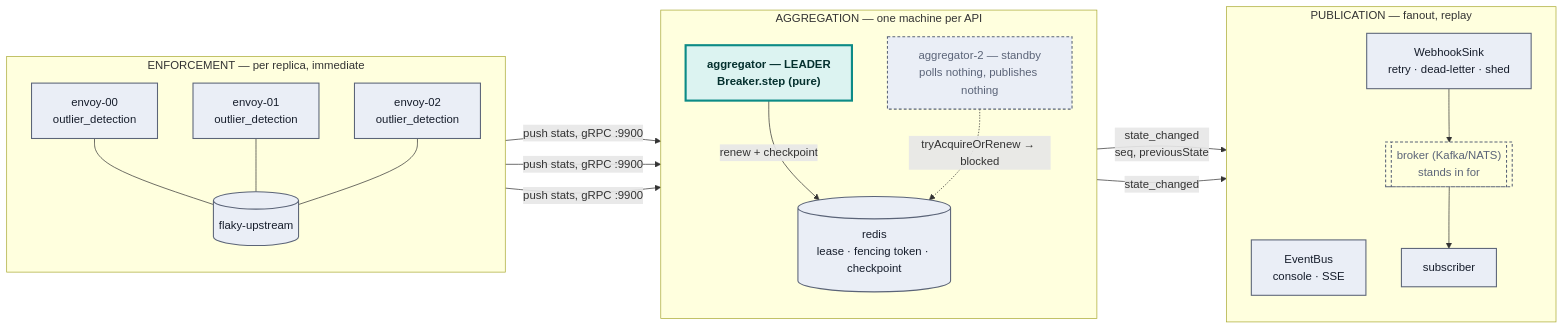
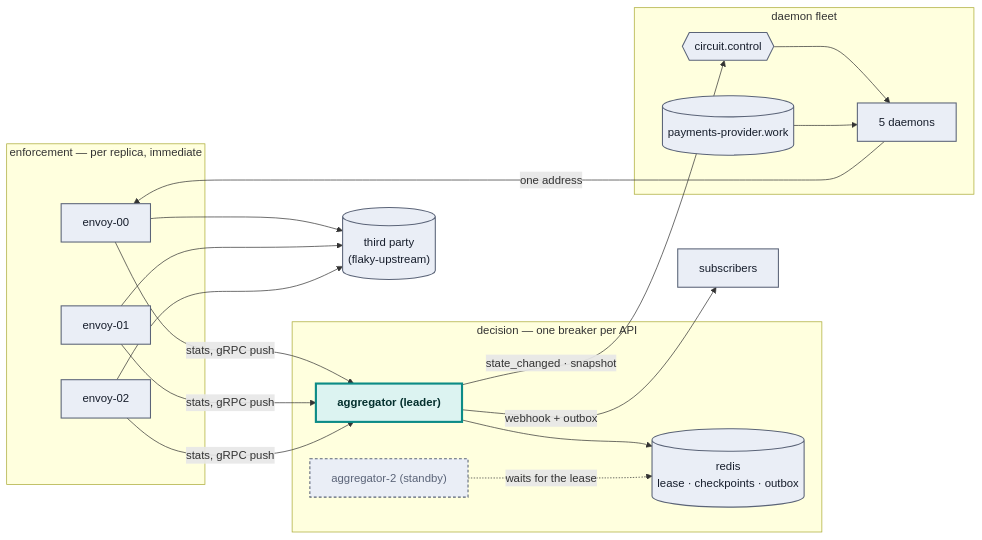
One commit to lsfera/circuit-breaker-unboxing changed the diagram in README.md. Above: the diagram before and after it, drawn with Mermaid. The commit also changed other lines of this file and 104 other files, not shown here.

````diff
--- a/README.md
+++ b/README.md
@@ -249,42 +62,33 @@
 ```mermaid
 flowchart LR
   classDef leader fill:#dcf3f1,stroke:#0c8b86,stroke-width:3px,color:#04302e,font-weight:bold;
   classDef standby fill:#eaeef6,stroke:#5b6478,stroke-width:1.5px,stroke-dasharray: 4 3,color:#5b6478;
   classDef box fill:#eaeef6,stroke:#5b6478,stroke-width:1.5px,color:#161d2b;
-  classDef broker fill:transparent,stroke:#5b6478,stroke-width:1.5px,stroke-dasharray:4 3,color:#5b6478;
 
-  subgraph ENFORCEMENT["ENFORCEMENT — per replica, immediate"]
-    direction TB
-    e0["envoy-00<br/>outlier_detection"]:::box
-    e1["envoy-01<br/>outlier_detection"]:::box
-    e2["envoy-02<br/>outlier_detection"]:::box
-    up[("flaky-upstream")]:::box
-    e0 --- up
-    e1 --- up
-    e2 --- up
+  subgraph ENFORCE["enforcement — per replica, immediate"]
+    e0["envoy-00"]:::box
+    e1["envoy-01"]:::box
+    e2["envoy-02"]:::box
+  end
+  up[("third party<br/>(flaky-upstream)")]:::box
+  subgraph DECIDE["decision — one breaker per API"]
+    lead["aggregator (leader)"]:::leader
+    stby["aggregator-2 (standby)"]:::standby
+    redis[("redis<br/>lease · checkpoints · outbox")]:::box
+  end
+  subgraph FLEET["daemon fleet"]
+    ctl{{"circuit.control"}}:::box
+    work[("payments-provider.work")]:::box
+    d["5 daemons"]:::box
   end
 
-  subgraph AGGREGATION["AGGREGATION — one machine per API"]
-    direction TB
-    lead["aggregator — LEADER<br/>Breaker.step (pure)"]:::leader
-    stby["aggregator-2 — standby<br/>polls nothing, publishes nothing"]:::standby
-    redis[("redis<br/>lease · fencing token · checkpoint")]:::box
-    lead -->|renew + checkpoint| redis
-    stby -.->|tryAcquireOrRenew → blocked| redis
-  end
-
-  subgraph PUBLICATION["PUBLICATION — fanout, replay"]
-    direction TB
-    bus["EventBus<br/>console · SSE"]:::box
-    hook["WebhookSink<br/>retry · dead-letter · shed"]:::box
-    broker[["broker (Kafka/NATS)<br/>stands in for"]]:::broker
-    sub["subscriber"]:::box
-    hook --> broker --> sub
-  end
-
-  e0 -->|"push stats, gRPC :9900"| lead
-  e1 -->|"push stats, gRPC :9900"| lead
-  e2 -->|"push stats, gRPC :9900"| lead
-  lead -->|"state_changed<br/>seq, previousState"| bus
-  lead -->|state_changed| hook
+  e0 & e1 & e2 --> up
+  e0 & e1 & e2 -->|"stats, gRPC push"| lead
+  lead --> redis
+  stby -.->|"waits for the lease"| redis
+  lead -->|"state_changed · snapshot"| ctl
+  lead -->|"webhook + outbox"| sub["subscribers"]:::box
+  ctl --> d
+  work --> d
+  d -->|"one address"| e0
 ```
````
